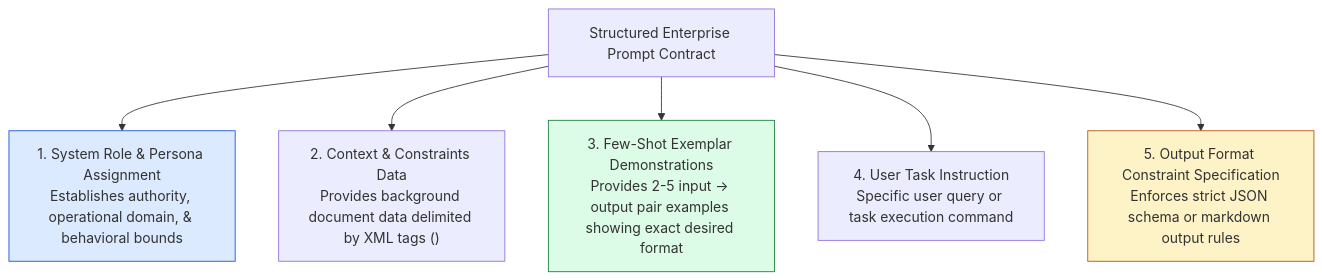
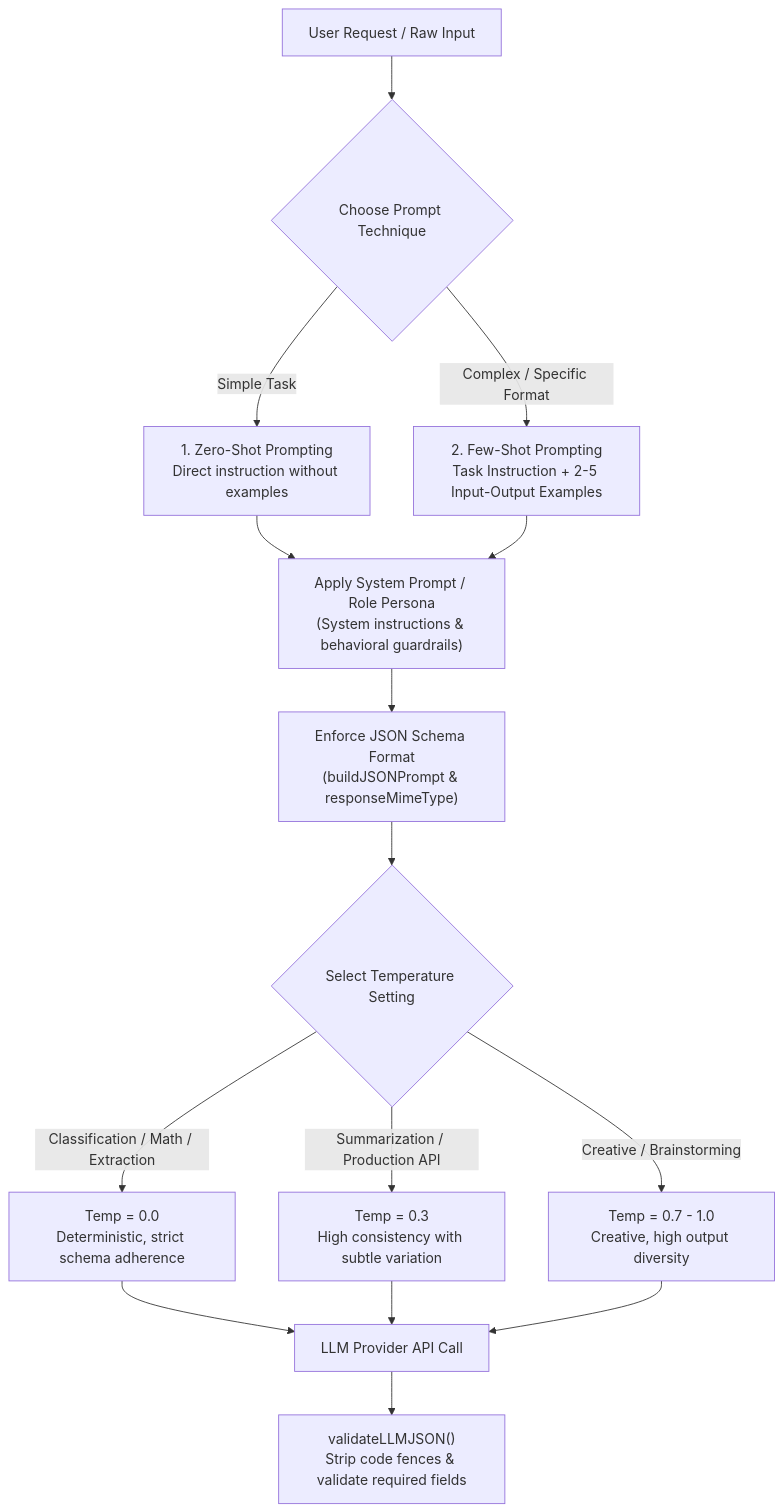
One commit to Amie-dev/engineering-playbook changed the diagram in agentic-ai-notes/00-foundations/03-prompt-engineering-basics.md. Above: the diagram before and after it, drawn with Mermaid. The commit also changed other lines of this file and 27 other files, not shown here.

````diff
--- a/agentic-ai-notes/00-foundations/03-prompt-engineering-basics.md
+++ b/agentic-ai-notes/00-foundations/03-prompt-engineering-basics.md
@@ -13,16 +9,24 @@
 ```mermaid
 flowchart TD
-    PromptContract[Structured Enterprise Prompt Contract] --> SystemRole["1. System Role & Persona Assignment<br/>Establishes authority, operational domain, & behavioral bounds"]
-
-    PromptContract --> ContextData["2. Context & Constraints Data<br/>Provides background document data delimited by XML tags (<context>)"]
-
-    PromptContract --> FewShotExemplars["3. Few-Shot Exemplar Demonstrations<br/>Provides 2-5 input -> output pair examples showing exact desired format"]
-
-    PromptContract --> UserInstruction["4. User Task Instruction<br/>Specific user query or task execution command"]
-
-    PromptContract --> OutputSchema["5. Output Format Constraint Specification<br/>Enforces strict JSON schema or markdown output rules"]
-
-    style SystemRole fill:#dbeafe,stroke:#1d4ed8
-    style FewShotExemplars fill:#dcfce7,stroke:#15803d
-    style OutputSchema fill:#fef3c7,stroke:#b45309
+    UserQuery[User Request / Raw Input] --> PromptType{"Choose Prompt Technique"}
+    
+    PromptType -->|Simple Task| ZeroShot["1. Zero-Shot Prompting<br/>Direct instruction without examples"]
+    PromptType -->|Complex / Specific Format| FewShot["2. Few-Shot Prompting<br/>Task Instruction + 2-5 Input-Output Examples"]
+    
+    ZeroShot --> SystemContext["Apply System Prompt / Role Persona<br/>(System instructions & behavioral guardrails)"]
+    FewShot --> SystemContext
+    
+    SystemContext --> FormatControl["Enforce JSON Schema Format<br/>(buildJSONPrompt & responseMimeType)"]
+    
+    FormatControl --> TempChoice{"Select Temperature Setting"}
+    
+    TempChoice -->|Classification / Math / Extraction| Temp0["Temp = 0.0<br/>Deterministic, strict schema adherence"]
+    TempChoice -->|Summarization / Production API| Temp03["Temp = 0.3<br/>High consistency with subtle variation"]
+    TempChoice -->|Creative / Brainstorming| Temp07["Temp = 0.7 - 1.0<br/>Creative, high output diversity"]
+    
+    Temp0 --> LLMAPI["LLM Provider API Call"]
+    Temp03 --> LLMAPI
+    Temp07 --> LLMAPI
+    
+    LLMAPI --> ValidateJSON["validateLLMJSON()<br/>Strip code fences & validate required fields"]
 ```
````
